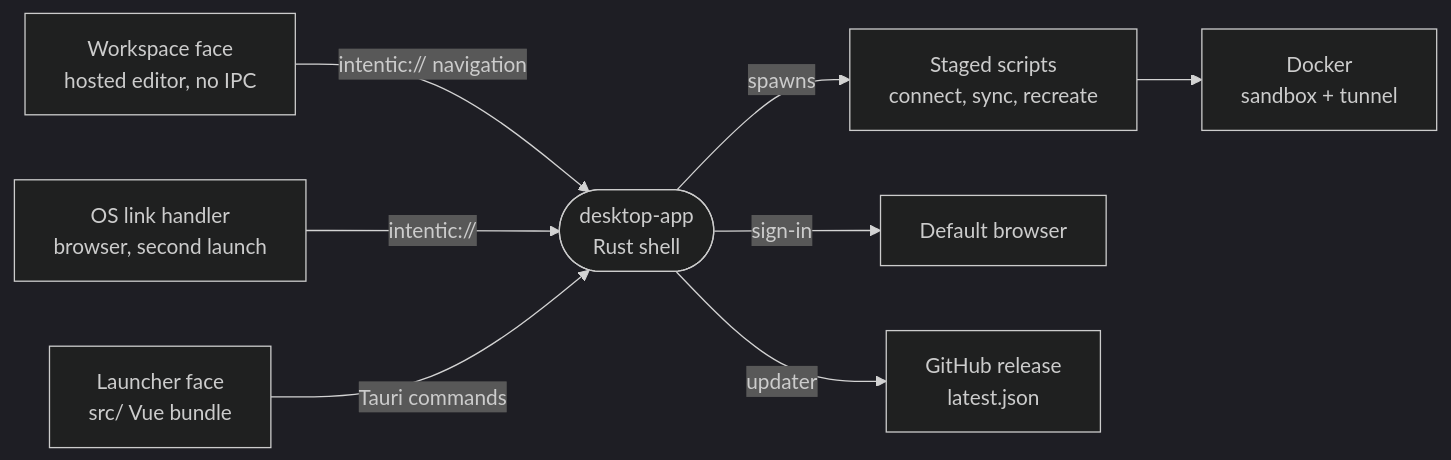
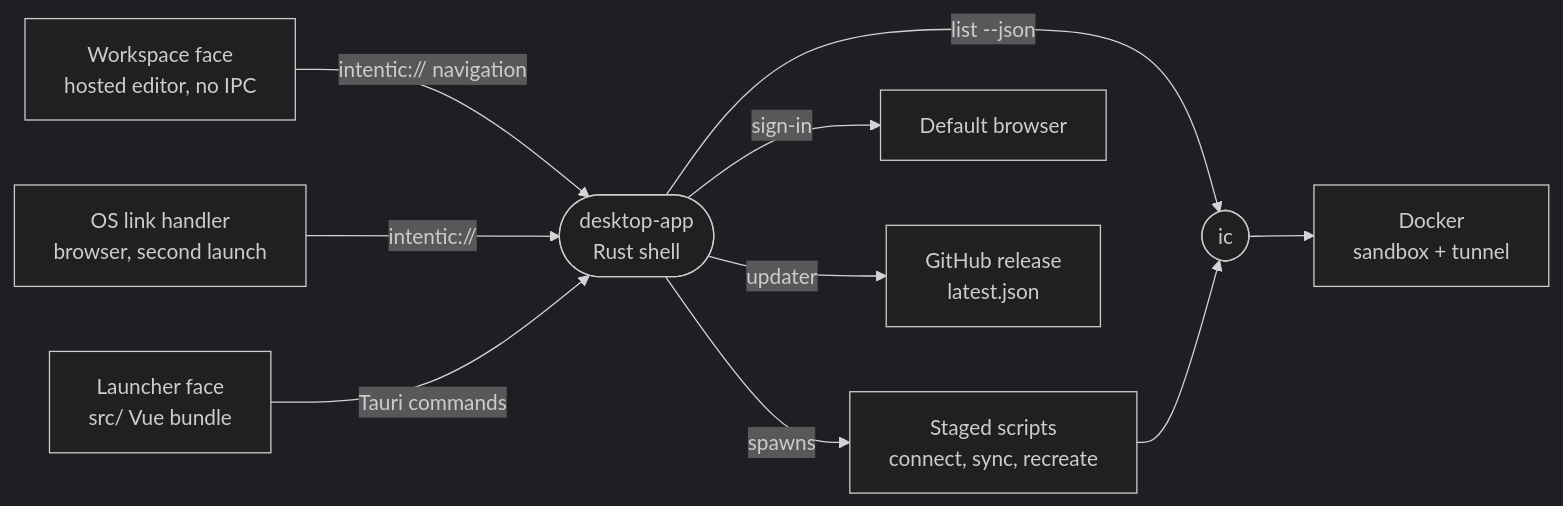
Before and after one commit to intentic/intentic: the diagram in _editor/desktop-app/README.md, drawn with Mermaid (dark theme). The commit also changed other lines of this file and 63 other files, not shown here.

First line of the commit message:
feat(sandbox): route list and power through ic and add set-shape forget-shape

````diff
--- a/_editor/desktop-app/README.md
+++ b/_editor/desktop-app/README.md
@@ -5,10 +5,12 @@
 ```mermaid
 flowchart LR
     spa["Workspace face<br/>hosted editor, no IPC"] -->|"intentic:// navigation"| app(["desktop-app<br/>Rust shell"])
     os["OS link handler<br/>browser, second launch"] -->|"intentic://"| app
     launcher["Launcher face<br/>src/ Vue bundle"] -->|"Tauri commands"| app
     app -->|"spawns"| scripts["Staged scripts<br/>connect, sync, recreate"]
-    scripts --> docker["Docker<br/>sandbox + tunnel"]
+    app -->|"list --json"| ic(["ic"])
+    scripts --> ic
+    ic --> docker["Docker<br/>sandbox + tunnel"]
     app -->|"sign-in"| browser["Default browser"]
     app -->|"updater"| release["GitHub release<br/>latest.json"]
 ```
````
